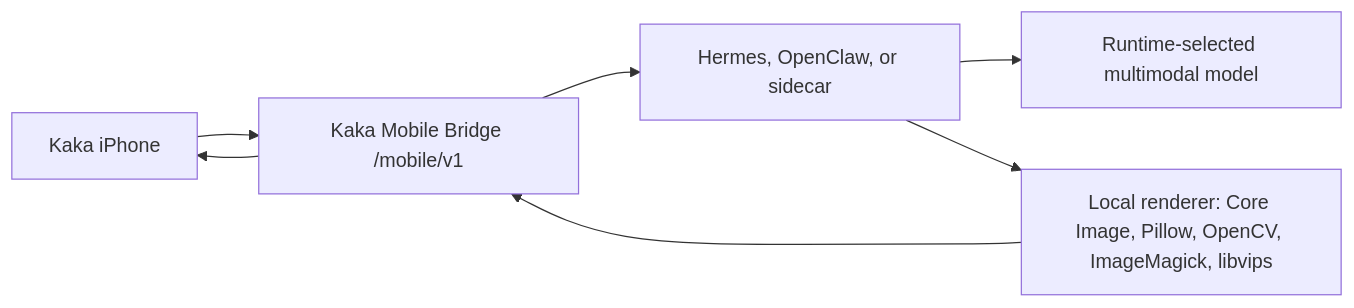
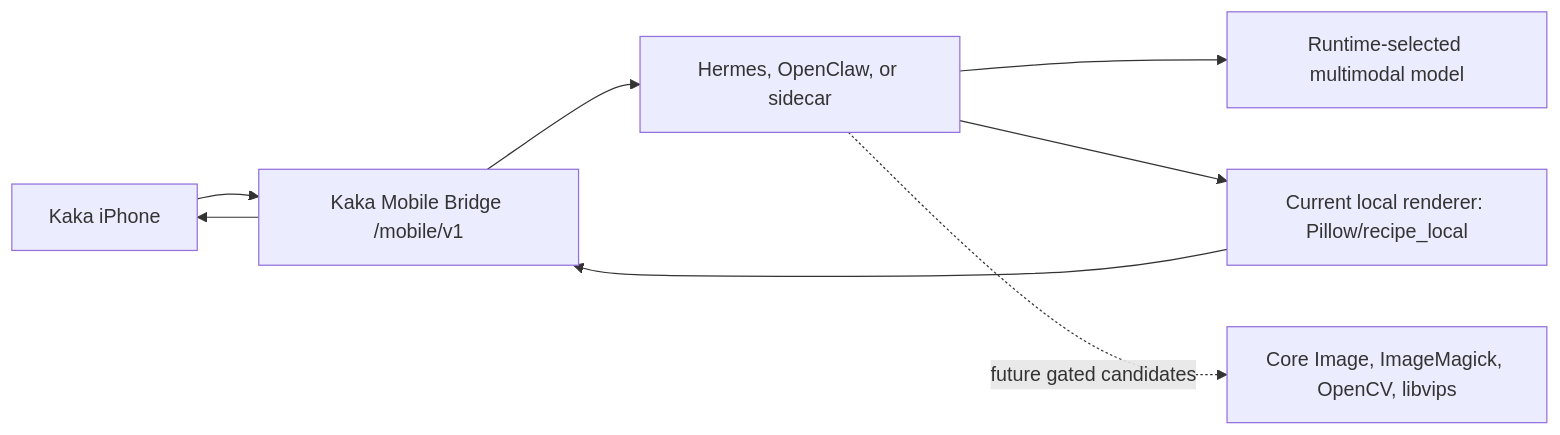
Before and after one commit to MightyKartz/kaka: the diagram in docs/kaka-runtime-kit-plan.md, drawn with Mermaid. The commit also changed other lines of this file and 12 other files, not shown here.

````diff
--- a/docs/kaka-runtime-kit-plan.md
+++ b/docs/kaka-runtime-kit-plan.md
@@ -30,9 +283,10 @@
 ```mermaid
 flowchart LR
   Phone["Kaka iPhone"] --> Bridge["Kaka Mobile Bridge /mobile/v1"]
   Bridge --> Runtime["Hermes, OpenClaw, or sidecar"]
   Runtime --> Model["Runtime-selected multimodal model"]
-  Runtime --> Renderer["Local renderer: Core Image, Pillow, OpenCV, ImageMagick, libvips"]
+  Runtime --> Renderer["Current local renderer: Pillow/recipe_local"]
+  Runtime -. "future gated candidates" .-> FutureRenderers["Core Image, ImageMagick, OpenCV, libvips"]
   Renderer --> Bridge
   Bridge --> Phone
 ```
````
